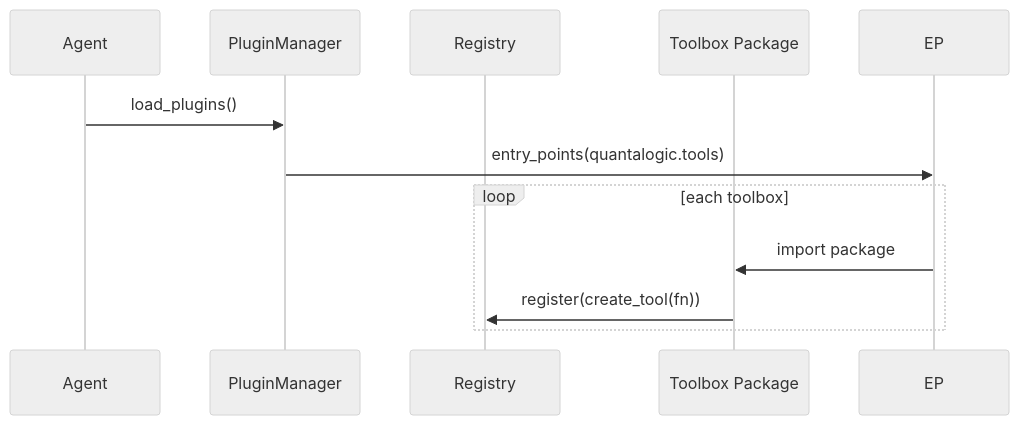
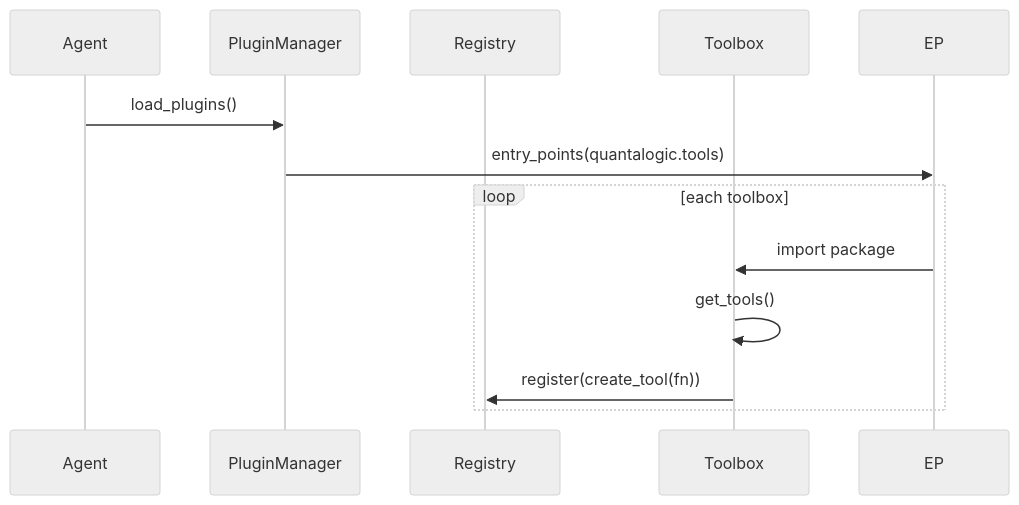
Before and after one commit to quantalogic/quantalogic: the diagram in quantalogic_codeact/docs/01-quantalogic-toolbox.md, drawn with Mermaid (neutral theme). The commit also changed other lines of this file and 1 other file, not shown here.

First line of the commit message:
Update documentation and add confirmation system to toolbox framework

````diff
--- a/quantalogic_codeact/docs/01-quantalogic-toolbox.md
+++ b/quantalogic_codeact/docs/01-quantalogic-toolbox.md
@@ -152,14 +156,15 @@
 ```mermaid
 sequenceDiagram
   participant Agent
   participant PM as PluginManager
   participant Registry
-  participant TB as Toolbox Package
+  participant TB as Toolbox
 
   Agent->>PM: load_plugins()
   PM->>EP: entry_points(quantalogic.tools)
   loop each toolbox
     EP->>TB: import package
+    TB->>TB: get_tools()
     TB->>Registry: register(create_tool(fn))
   end
 ```
````
